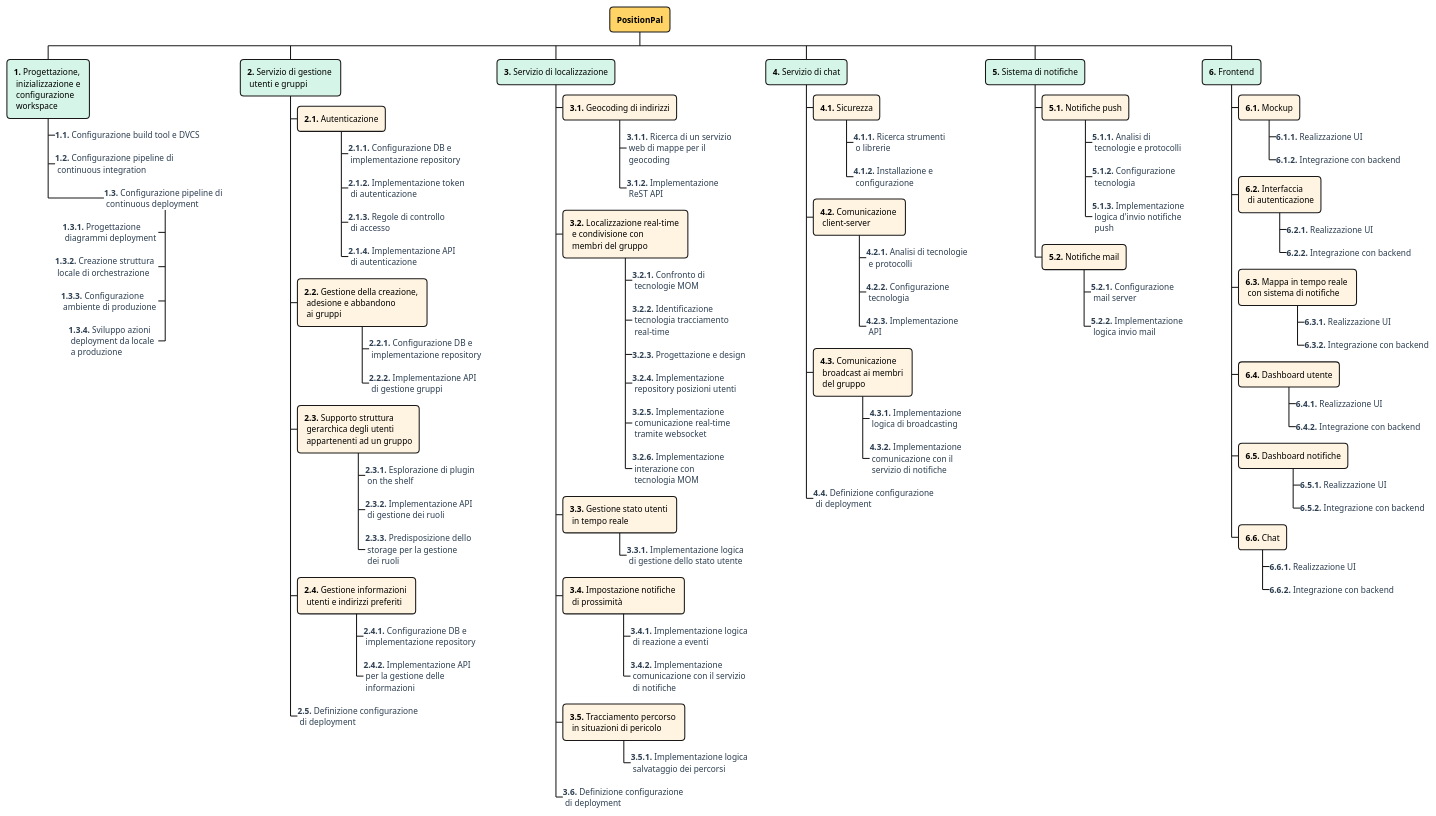
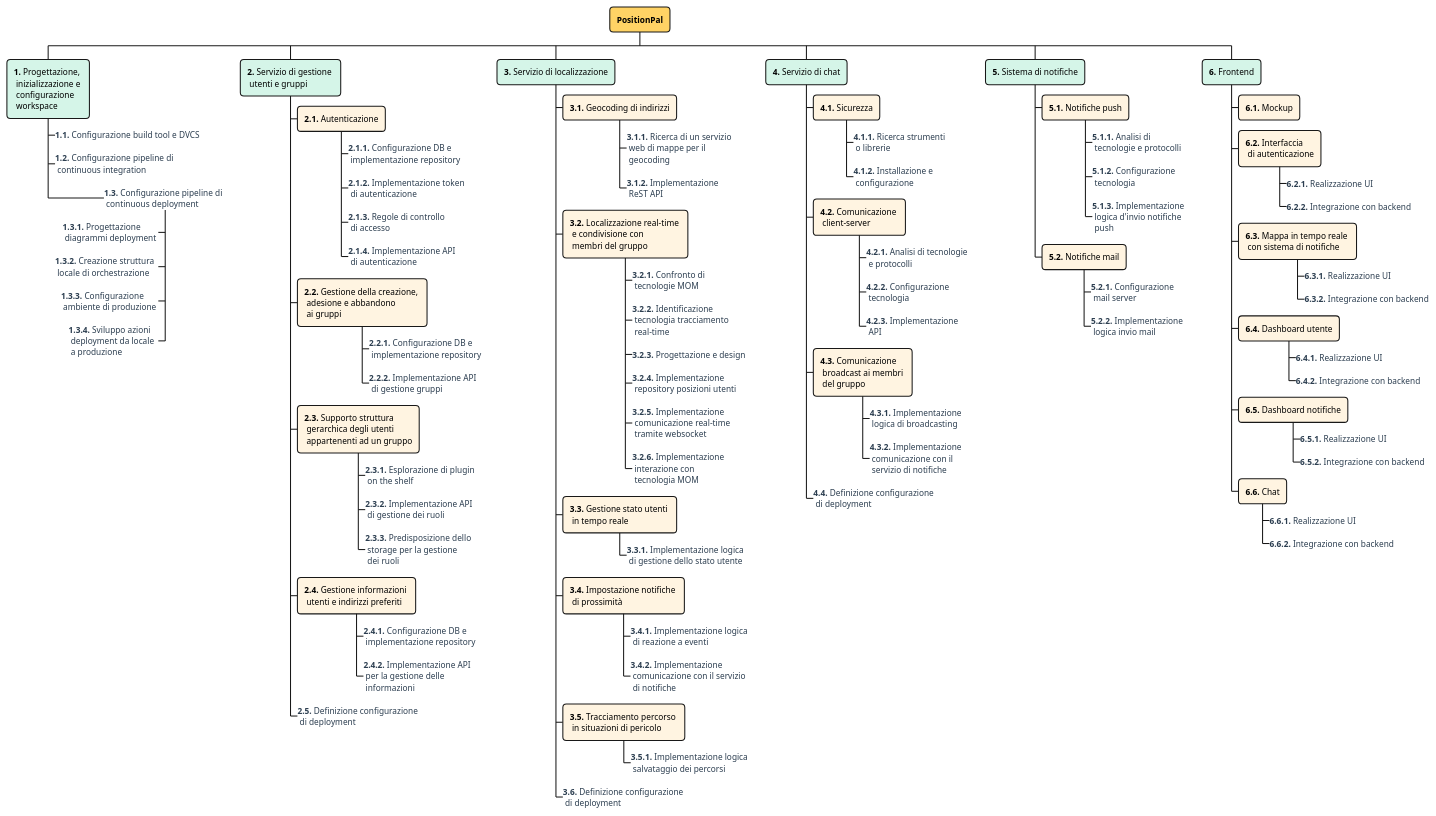
The diagram in _attachments/3-wbs.md (position-pal/PM-report), drawn with PlantUML before and after one commit. The commit also changed other lines of this file and 4 other files, not shown here.

```diff
--- a/_attachments/3-wbs.md
+++ b/_attachments/3-wbs.md
@@ -191,8 +191,6 @@
 
 ++ **6.** Frontend
 +++ **6.1.** Mockup
-++++_ **6.1.1.** Realizzazione UI
-++++_ **6.1.2.** Integrazione con backend
 +++ **6.2.** Interfaccia \n di autenticazione
 ++++_ **6.2.1.** Realizzazione UI
 ++++_ **6.2.2.** Integrazione con backend
```
